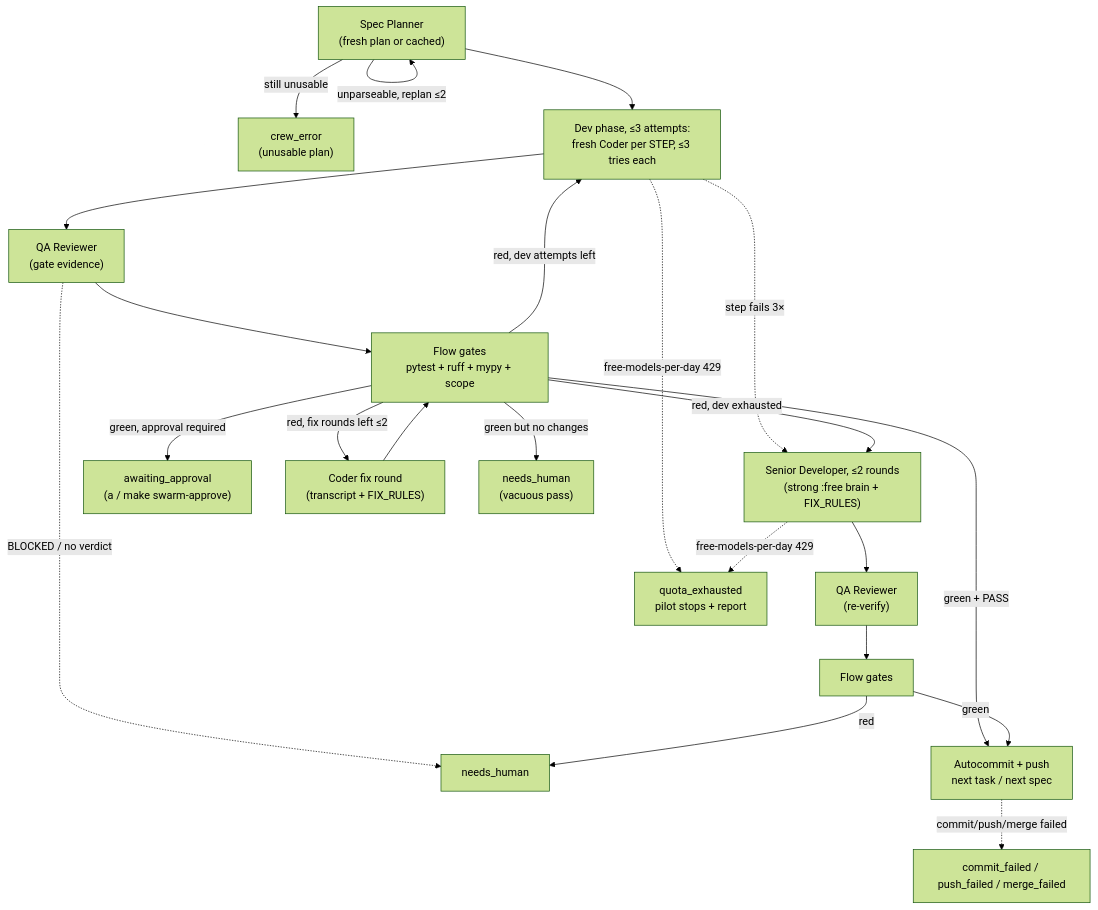
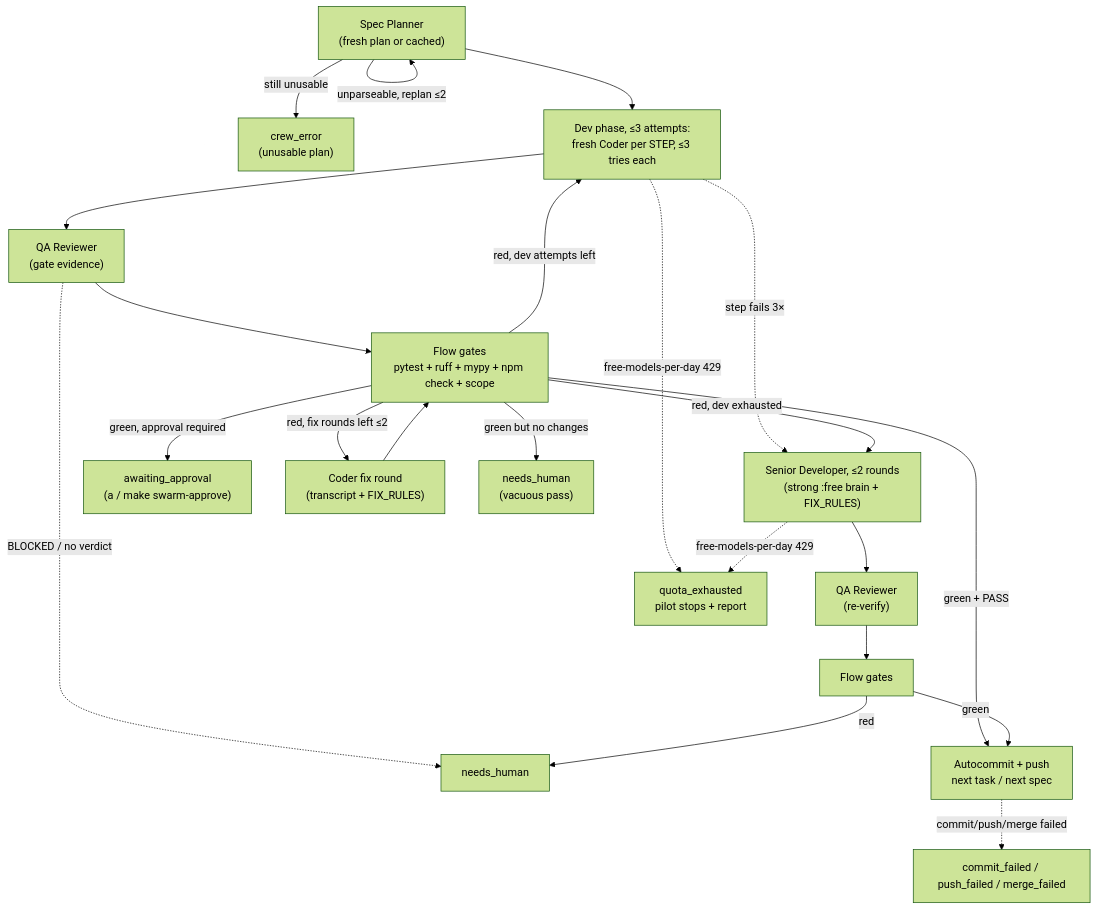
One commit to handleman/comfort-walking-router changed the diagram in swarm/README.md. Above: the diagram before and after it, drawn with Mermaid (forest theme). The commit also changed other lines of this file and 6 other files, not shown here.

First line of the commit message:
swarm: gate npm check + human log; make TS errors fixable

````diff
--- a/swarm/README.md
+++ b/swarm/README.md
@@ -372,24 +379,24 @@
 ```mermaid
 flowchart TB
     P["Spec Planner<br/>(fresh plan or cached)"] --> STEPS["Dev phase, ≤3 attempts:<br/>fresh Coder per STEP, ≤3 tries each"]
     STEPS -.->|step fails 3×| SENIOR
     STEPS --> REV["QA Reviewer<br/>(gate evidence)"]
-    REV --> GATES["Flow gates<br/>pytest + ruff + mypy + scope"]
+    REV --> GATES["Flow gates<br/>pytest + ruff + mypy + npm check + scope"]
     REV -.->|BLOCKED / no verdict| HUMAN
     GATES -->|green + PASS| COMMIT["Autocommit + push<br/>next task / next spec"]
     COMMIT -.->|commit/push/merge failed| CF["commit_failed / push_failed / merge_failed"]
     GATES -->|green, approval required| APPROVE["awaiting_approval<br/>(a / make swarm-approve)"]
     GATES -->|red, fix rounds left ≤2| FIX["Coder fix round<br/>(transcript + FIX_RULES)"]
     FIX --> GATES
     GATES -->|red, dev attempts left| STEPS
     GATES -->|red, dev exhausted| SENIOR["Senior Developer, ≤2 rounds<br/>(strong :free brain + FIX_RULES)"]
     SENIOR --> REV2["QA Reviewer<br/>(re-verify)"]
     REV2 --> GATES2["Flow gates"]
     GATES2 -->|green| COMMIT
     GATES2 -->|red| HUMAN["needs_human"]
     GATES -->|green but no changes| VACANT["needs_human<br/>(vacuous pass)"]
     P -->|unparseable, replan ≤2| P
     P -->|still unusable| PLANFAIL["crew_error<br/>(unusable plan)"]
     STEPS -.->|free-models-per-day 429| Q["quota_exhausted<br/>pilot stops + report"]
     SENIOR -.->|free-models-per-day 429| Q
 ```
````
